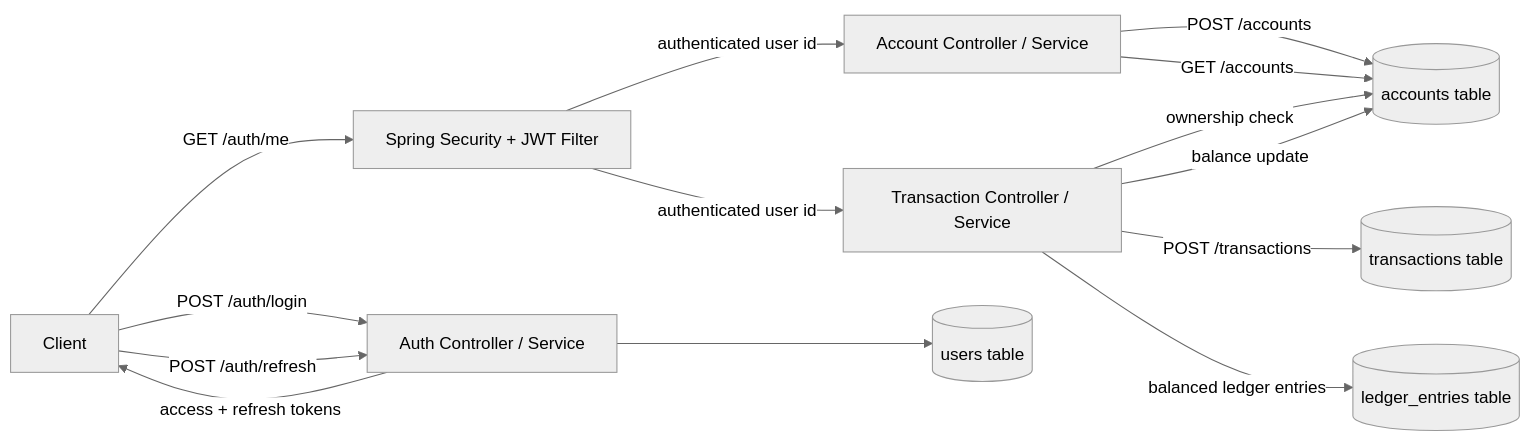
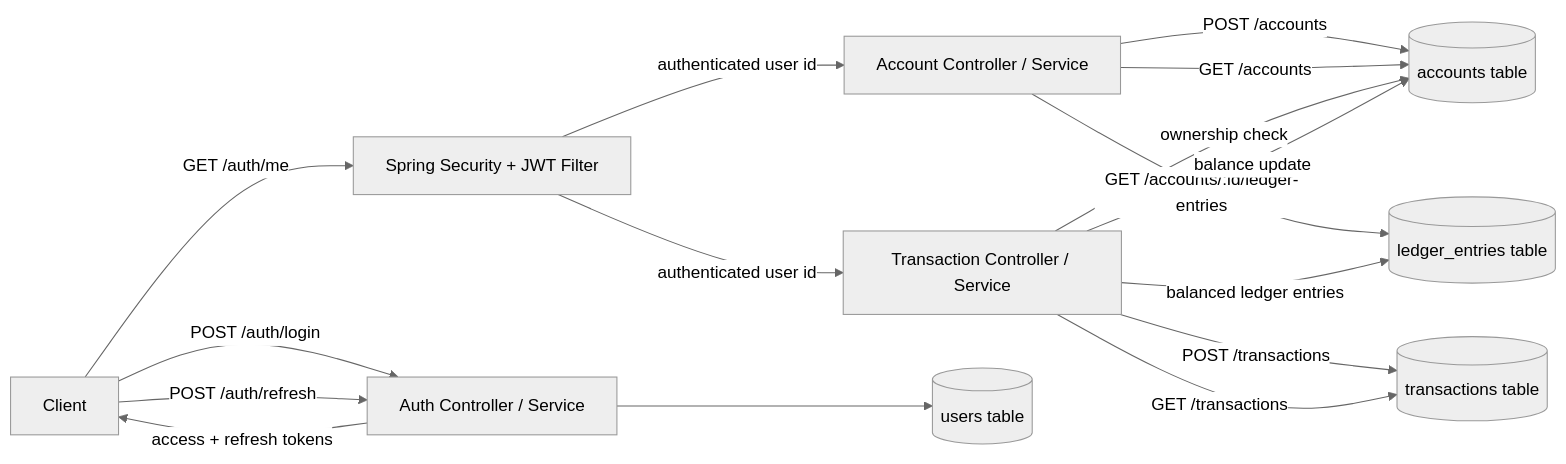
Before and after one commit to fanryan/ledgerflow: the second of 2 diagrams in README.md, drawn with Mermaid (neutral theme). The commit also changed other lines of this file and 3 other files, not shown here.

````diff
--- a/README.md
+++ b/README.md
@@ -72,29 +72,31 @@
 ```mermaid
 flowchart LR
     Client[Client]
     Security[Spring Security + JWT Filter]
     Auth[Auth Controller / Service]
     Accounts[Account Controller / Service]
     Transactions[Transaction Controller / Service]
     Users[(users table)]
     AccountTable[(accounts table)]
     TransactionTable[(transactions table)]
     LedgerTable[(ledger_entries table)]
 
     Client -->|POST /auth/login| Auth
     Auth --> Users
     Auth -->|access + refresh tokens| Client
 
     Client -->|GET /auth/me| Security
     Client -->|POST /auth/refresh| Auth
 
     Security -->|authenticated user id| Accounts
     Accounts -->|POST /accounts| AccountTable
     Accounts -->|GET /accounts| AccountTable
+    Accounts -->|GET /accounts/:id/ledger-entries| LedgerTable
 
     Security -->|authenticated user id| Transactions
     Transactions -->|ownership check| AccountTable
     Transactions -->|POST /transactions| TransactionTable
+    Transactions -->|GET /transactions| TransactionTable
     Transactions -->|balanced ledger entries| LedgerTable
     Transactions -->|balance update| AccountTable
 ```
````
